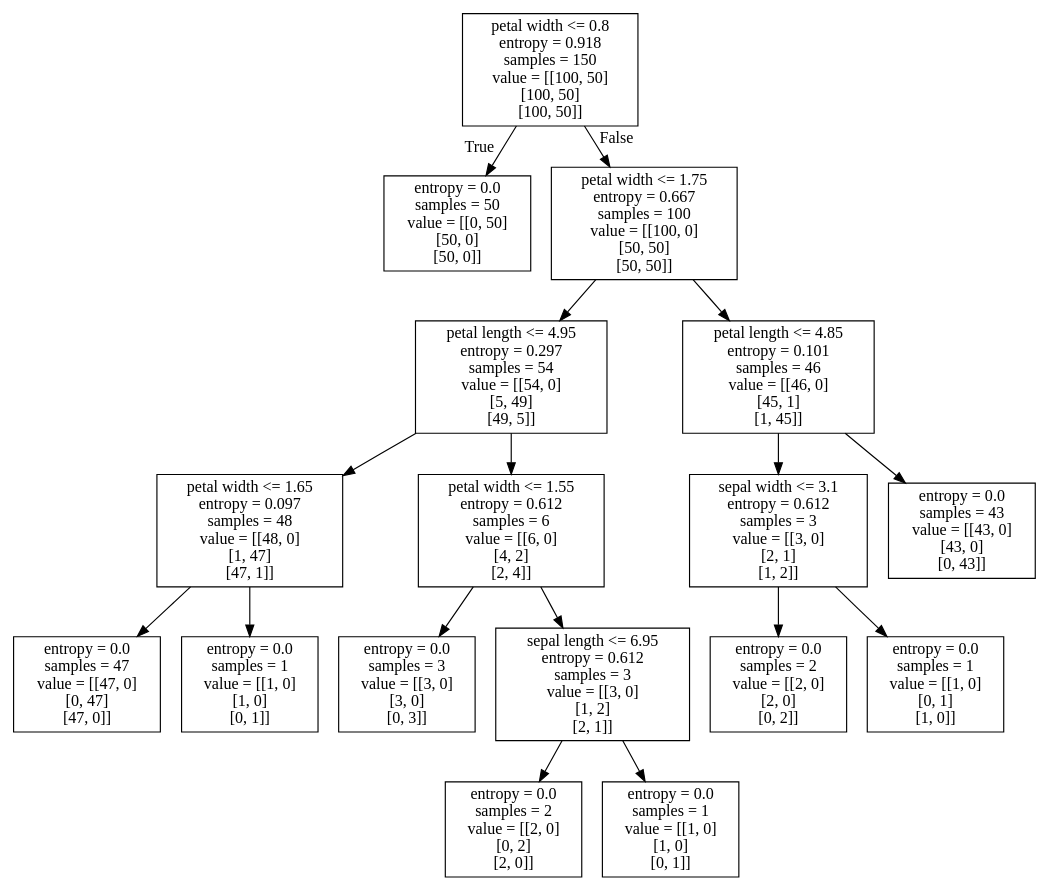
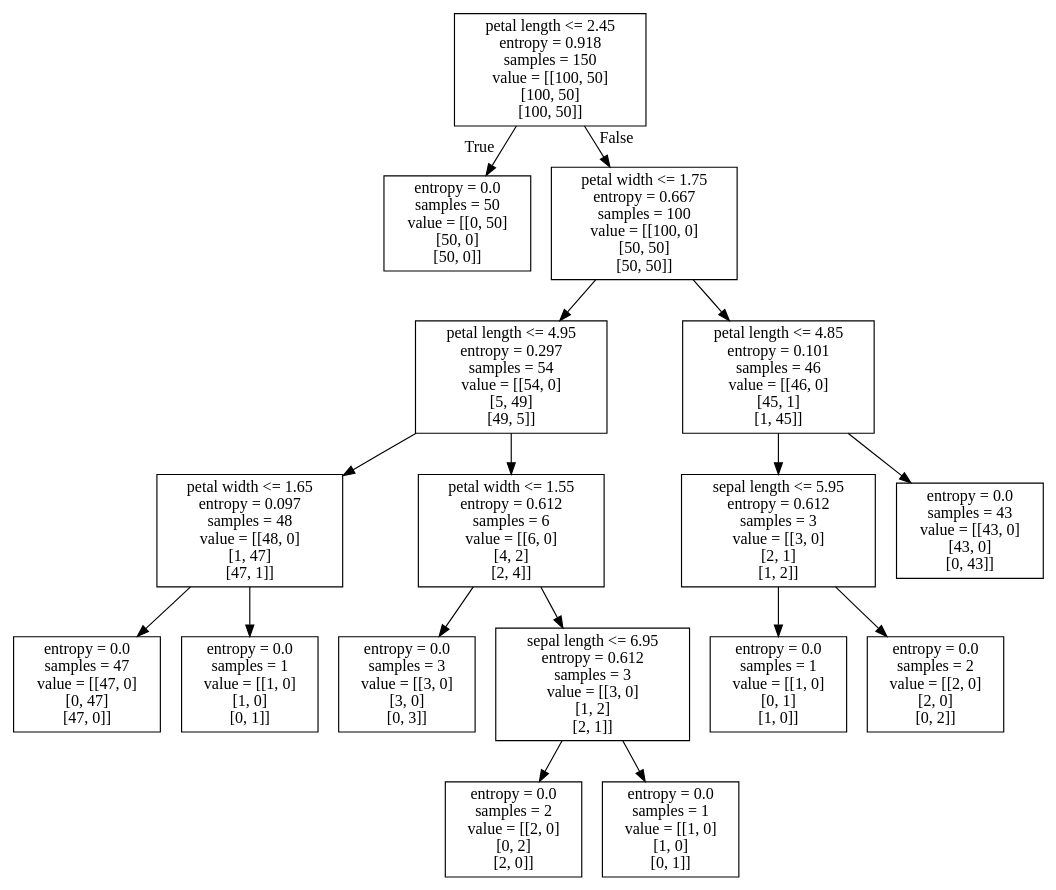
The diagram in HW1/iris/dataOutput.dot (marmot0814/2018-ML), drawn with Graphviz before and after one commit. The commit also changed 4 other files, not shown here.

```diff
--- a/HW1/iris/dataOutput.dot
+++ b/HW1/iris/dataOutput.dot
@@ -1,36 +1,36 @@
 digraph Tree {
 node [shape=box] ;
-0 [label="petal width <= 0.8\nentropy = 0.918\nsamples = 150\nvalue = [[100, 50]\n[100, 50]\n[100, 50]]"] ;
+0 [label="petal length <= 2.45\nentropy = 0.918\nsamples = 150\nvalue = [[100, 50]\n[100, 50]\n[100, 50]]"] ;
 1 [label="entropy = 0.0\nsamples = 50\nvalue = [[0, 50]\n[50, 0]\n[50, 0]]"] ;
 0 -> 1 [labeldistance=2.5, labelangle=45, headlabel="True"] ;
 2 [label="petal width <= 1.75\nentropy = 0.667\nsamples = 100\nvalue = [[100, 0]\n[50, 50]\n[50, 50]]"] ;
 0 -> 2 [labeldistance=2.5, labelangle=-45, headlabel="False"] ;
 3 [label="petal length <= 4.95\nentropy = 0.297\nsamples = 54\nvalue = [[54, 0]\n[5, 49]\n[49, 5]]"] ;
 2 -> 3 ;
 4 [label="petal width <= 1.65\nentropy = 0.097\nsamples = 48\nvalue = [[48, 0]\n[1, 47]\n[47, 1]]"] ;
 3 -> 4 ;
 5 [label="entropy = 0.0\nsamples = 47\nvalue = [[47, 0]\n[0, 47]\n[47, 0]]"] ;
 4 -> 5 ;
 6 [label="entropy = 0.0\nsamples = 1\nvalue = [[1, 0]\n[1, 0]\n[0, 1]]"] ;
 4 -> 6 ;
 7 [label="petal width <= 1.55\nentropy = 0.612\nsamples = 6\nvalue = [[6, 0]\n[4, 2]\n[2, 4]]"] ;
 3 -> 7 ;
 8 [label="entropy = 0.0\nsamples = 3\nvalue = [[3, 0]\n[3, 0]\n[0, 3]]"] ;
 7 -> 8 ;
 9 [label="sepal length <= 6.95\nentropy = 0.612\nsamples = 3\nvalue = [[3, 0]\n[1, 2]\n[2, 1]]"] ;
 7 -> 9 ;
 10 [label="entropy = 0.0\nsamples = 2\nvalue = [[2, 0]\n[0, 2]\n[2, 0]]"] ;
 9 -> 10 ;
 11 [label="entropy = 0.0\nsamples = 1\nvalue = [[1, 0]\n[1, 0]\n[0, 1]]"] ;
 9 -> 11 ;
 12 [label="petal length <= 4.85\nentropy = 0.101\nsamples = 46\nvalue = [[46, 0]\n[45, 1]\n[1, 45]]"] ;
 2 -> 12 ;
-13 [label="sepal width <= 3.1\nentropy = 0.612\nsamples = 3\nvalue = [[3, 0]\n[2, 1]\n[1, 2]]"] ;
+13 [label="sepal length <= 5.95\nentropy = 0.612\nsamples = 3\nvalue = [[3, 0]\n[2, 1]\n[1, 2]]"] ;
 12 -> 13 ;
-14 [label="entropy = 0.0\nsamples = 2\nvalue = [[2, 0]\n[2, 0]\n[0, 2]]"] ;
+14 [label="entropy = 0.0\nsamples = 1\nvalue = [[1, 0]\n[0, 1]\n[1, 0]]"] ;
 13 -> 14 ;
-15 [label="entropy = 0.0\nsamples = 1\nvalue = [[1, 0]\n[0, 1]\n[1, 0]]"] ;
+15 [label="entropy = 0.0\nsamples = 2\nvalue = [[2, 0]\n[2, 0]\n[0, 2]]"] ;
 13 -> 15 ;
 16 [label="entropy = 0.0\nsamples = 43\nvalue = [[43, 0]\n[43, 0]\n[0, 43]]"] ;
 12 -> 16 ;
 }
```
